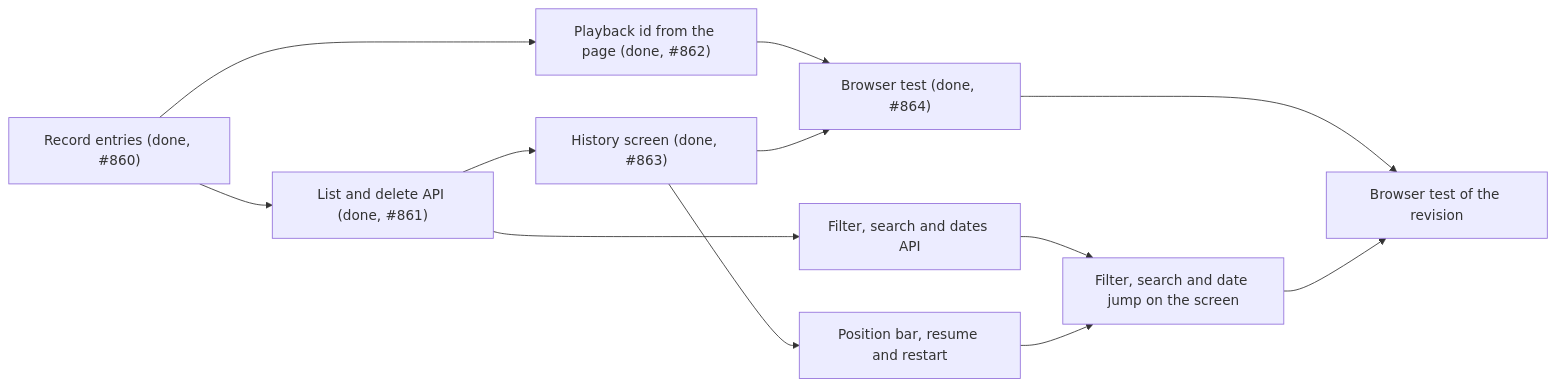
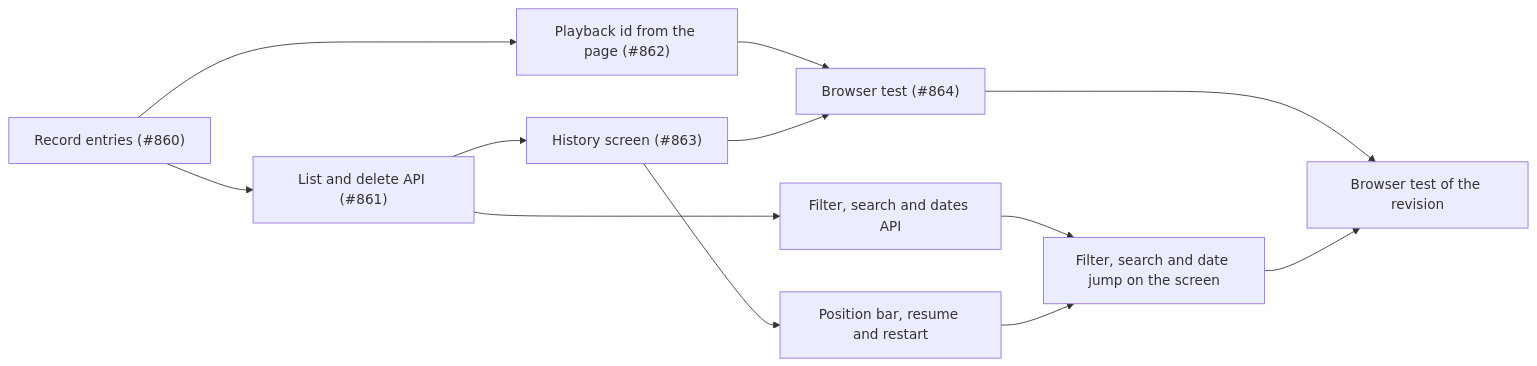
One commit to syudead/vv changed the third of 3 diagrams in specs/043-watch-history/plan.md. Above: the diagram before and after it, drawn with Mermaid. The commit also changed other lines of this file and 2 other files, not shown here.

First line of the commit message:
Drop recorded progress from the watch history Plan and fold newlines in title_key (#792)

````diff
--- a/specs/043-watch-history/plan.md
+++ b/specs/043-watch-history/plan.md
@@ -177,14 +177,14 @@
 ```mermaid
 flowchart LR
-  record["Record entries (done, #860)"] --> api["List and delete API (done, #861)"]
-  record --> client["Playback id from the page (done, #862)"]
-  api --> screen["History screen (done, #863)"]
-  client --> e2e["Browser test (done, #864)"]
+  record["Record entries (#860)"] --> api["List and delete API (#861)"]
+  record --> client["Playback id from the page (#862)"]
+  api --> screen["History screen (#863)"]
+  client --> e2e["Browser test (#864)"]
   screen --> e2e
   api --> conditions[Filter, search and dates API]
   screen --> position[Position bar, resume and restart]
   conditions --> controls[Filter, search and date jump on the screen]
   position --> controls
   e2e --> e2e2[Browser test of the revision]
   controls --> e2e2
 ```
````
